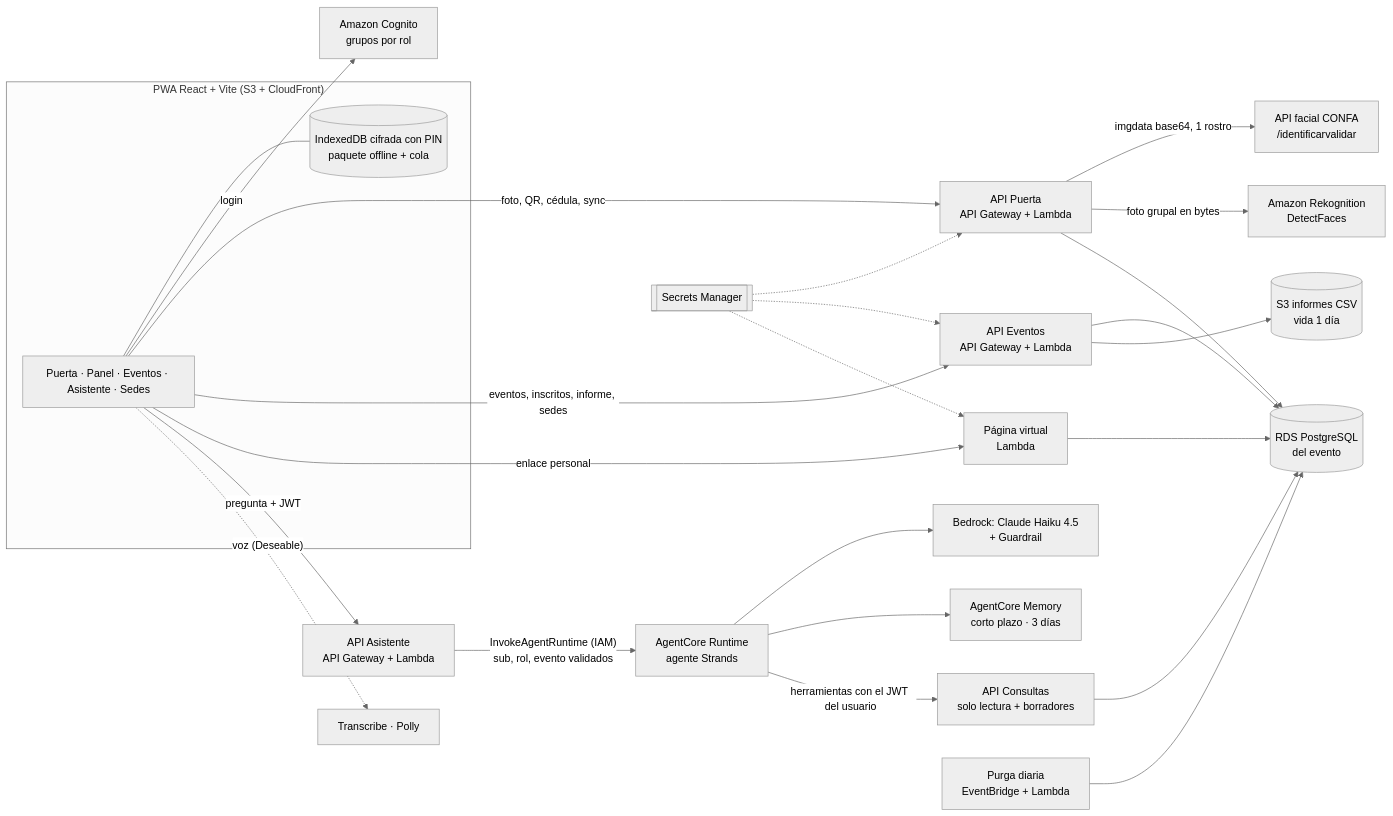
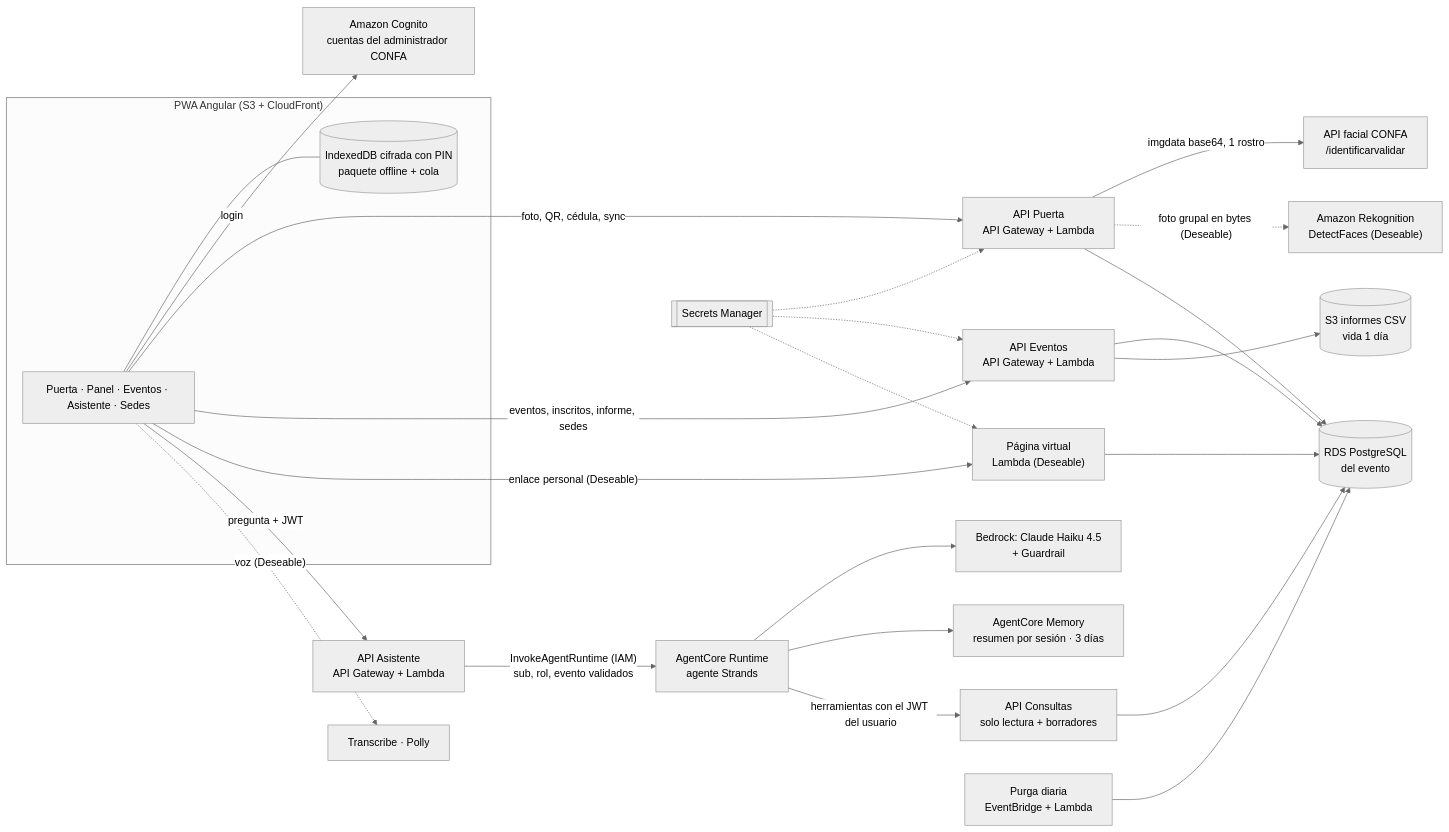
Before and after one commit to sergioaramos/hackathon-confa-equipo6: the first of 5 diagrams in reto1-pase-confa/.kiro/specs/pase-confa/design.md, drawn with Mermaid (neutral theme). The commit also changed other lines of this file and 10 other files, not shown here.

````diff
--- a/reto1-pase-confa/.kiro/specs/pase-confa/design.md
+++ b/reto1-pase-confa/.kiro/specs/pase-confa/design.md
@@ -15,29 +15,29 @@
 ```mermaid
 flowchart LR
-  subgraph Cliente["PWA React + Vite (S3 + CloudFront)"]
+  subgraph Cliente["PWA Angular (S3 + CloudFront)"]
     UI["Puerta · Panel · Eventos · Asistente · Sedes"]
     OFF[("IndexedDB cifrada con PIN<br/>paquete offline + cola")]
   end
   UI --- OFF
-  UI -->|"login"| COG["Amazon Cognito<br/>grupos por rol"]
+  UI -->|"login"| COG["Amazon Cognito<br/>cuentas del administrador CONFA"]
   UI -->|"foto, QR, cédula, sync"| PU["API Puerta<br/>API Gateway + Lambda"]
   UI -->|"eventos, inscritos, informe, sedes"| EV["API Eventos<br/>API Gateway + Lambda"]
-  UI -->|"enlace personal"| VI["Página virtual<br/>Lambda"]
+  UI -->|"enlace personal (Deseable)"| VI["Página virtual<br/>Lambda (Deseable)"]
   UI -->|"pregunta + JWT"| AS["API Asistente<br/>API Gateway + Lambda"]
   AS -->|"InvokeAgentRuntime (IAM)<br/>sub, rol, evento validados"| RT["AgentCore Runtime<br/>agente Strands"]
   RT --> LLM["Bedrock: Claude Haiku 4.5<br/>+ Guardrail"]
-  RT --> MEM["AgentCore Memory<br/>corto plazo · 3 días"]
+  RT --> MEM["AgentCore Memory<br/>resumen por sesión · 3 días"]
   RT -->|"herramientas con el JWT del usuario"| CON["API Consultas<br/>solo lectura + borradores"]
   PU -->|"imgdata base64, 1 rostro"| FAC["API facial CONFA<br/>/identificarvalidar"]
-  PU -->|"foto grupal en bytes"| REK["Amazon Rekognition<br/>DetectFaces"]
+  PU -.->|"foto grupal en bytes (Deseable)"| REK["Amazon Rekognition<br/>DetectFaces (Deseable)"]
   PU --> DB[("RDS PostgreSQL<br/>del evento")]
   EV --> DB
   VI --> DB
   CON --> DB
   EV --> S3I[("S3 informes CSV<br/>vida 1 día")]
   PUR["Purga diaria<br/>EventBridge + Lambda"] --> DB
   SM[["Secrets Manager"]] -.-> PU
   SM -.-> EV
   SM -.-> VI
   UI -.->|"voz (Deseable)"| TR["Transcribe · Polly"]
 ```
````
